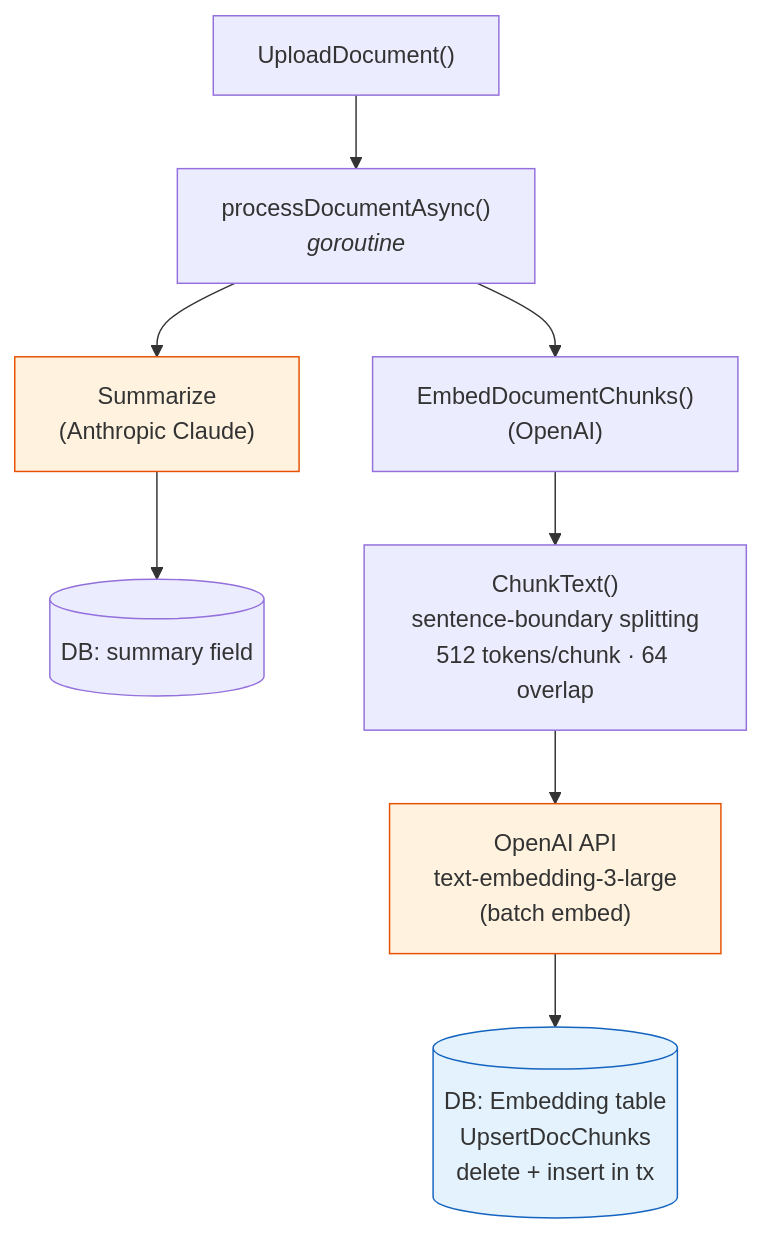
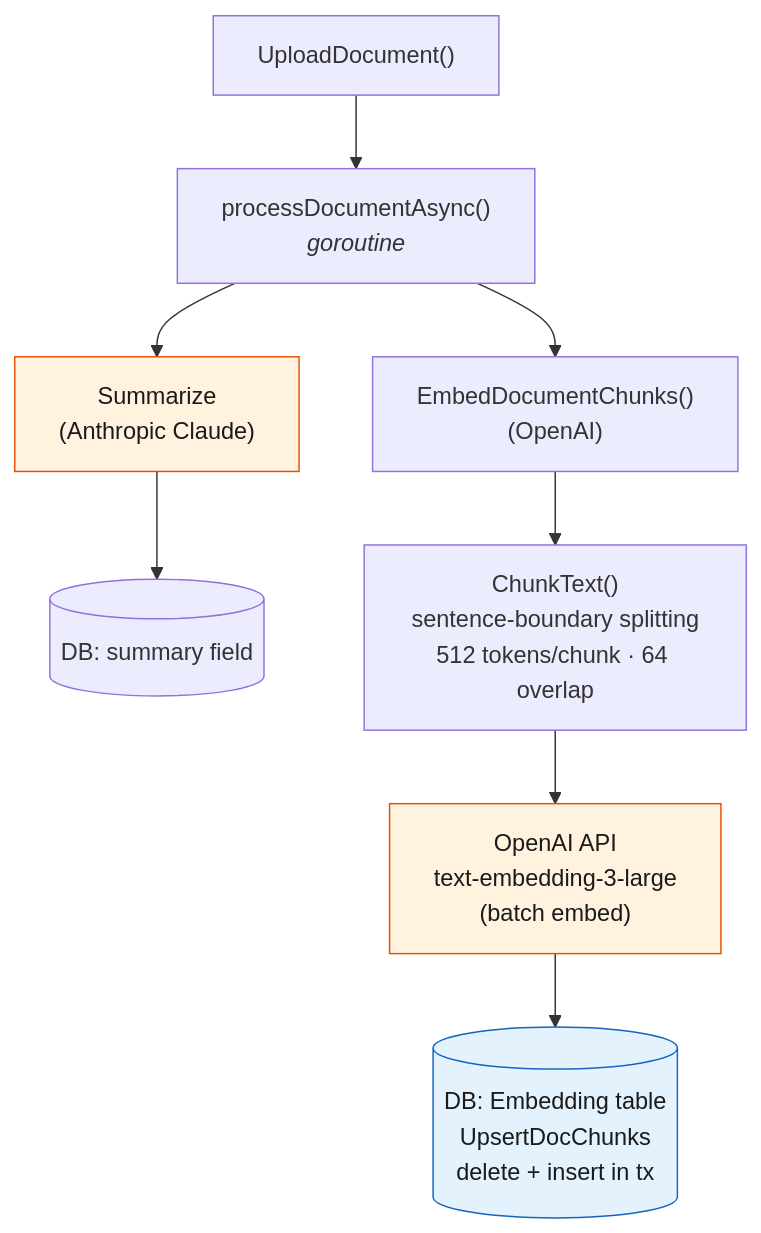
Before and after one commit to hubenschmidt/pina-colada: the ninth of 10 diagrams in README.md, drawn with Mermaid. The commit also changed other lines of this file, not shown here.

Commit message:
update mermaid graph

````diff
--- a/README.md
+++ b/README.md
@@ -347,17 +347,17 @@
 ```mermaid
 flowchart TD
     UPLOAD["UploadDocument()"] --> ASYNC["processDocumentAsync()<br/><i>goroutine</i>"]
 
     ASYNC --> SUMM["Summarize<br/>(Anthropic Claude)"]
     SUMM --> DB1[("DB: summary field")]
 
     ASYNC --> EMBED["EmbedDocumentChunks()<br/>(OpenAI)"]
 
     EMBED --> CHUNK["ChunkText()<br/>sentence-boundary splitting<br/>512 tokens/chunk · 64 overlap"]
     CHUNK --> API["OpenAI API<br/>text-embedding-3-large<br/>(batch embed)"]
     API --> DB2[("DB: Embedding table<br/>UpsertDocChunks<br/>delete + insert in tx")]
 
-    style SUMM fill:#fff3e0,stroke:#e65100
-    style API fill:#fff3e0,stroke:#e65100
-    style DB2 fill:#e3f2fd,stroke:#1565c0
+    style SUMM fill:#fff3e0,stroke:#e65100,color:#1a1a1a
+    style API fill:#fff3e0,stroke:#e65100,color:#1a1a1a
+    style DB2 fill:#e3f2fd,stroke:#1565c0,color:#1a1a1a
 ```
````
